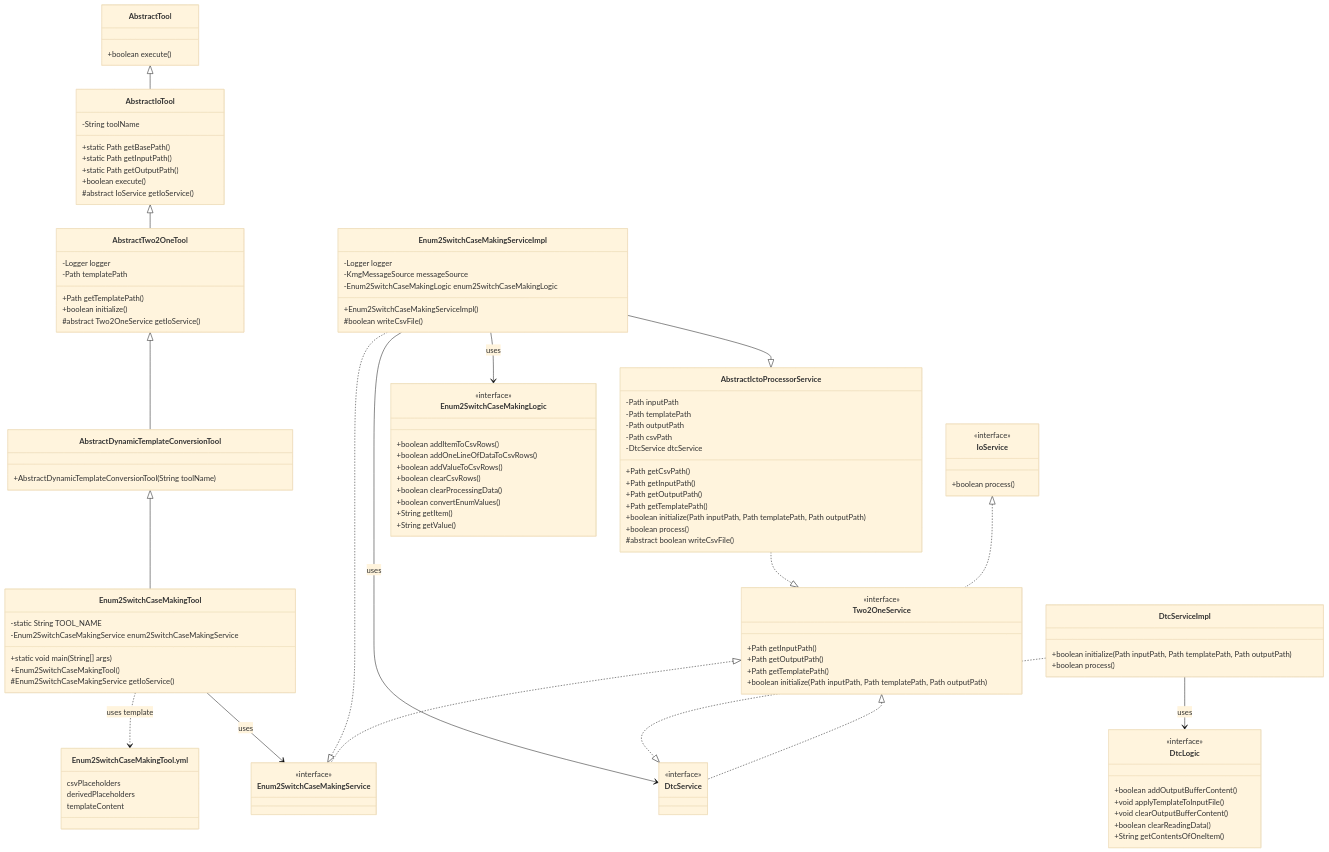
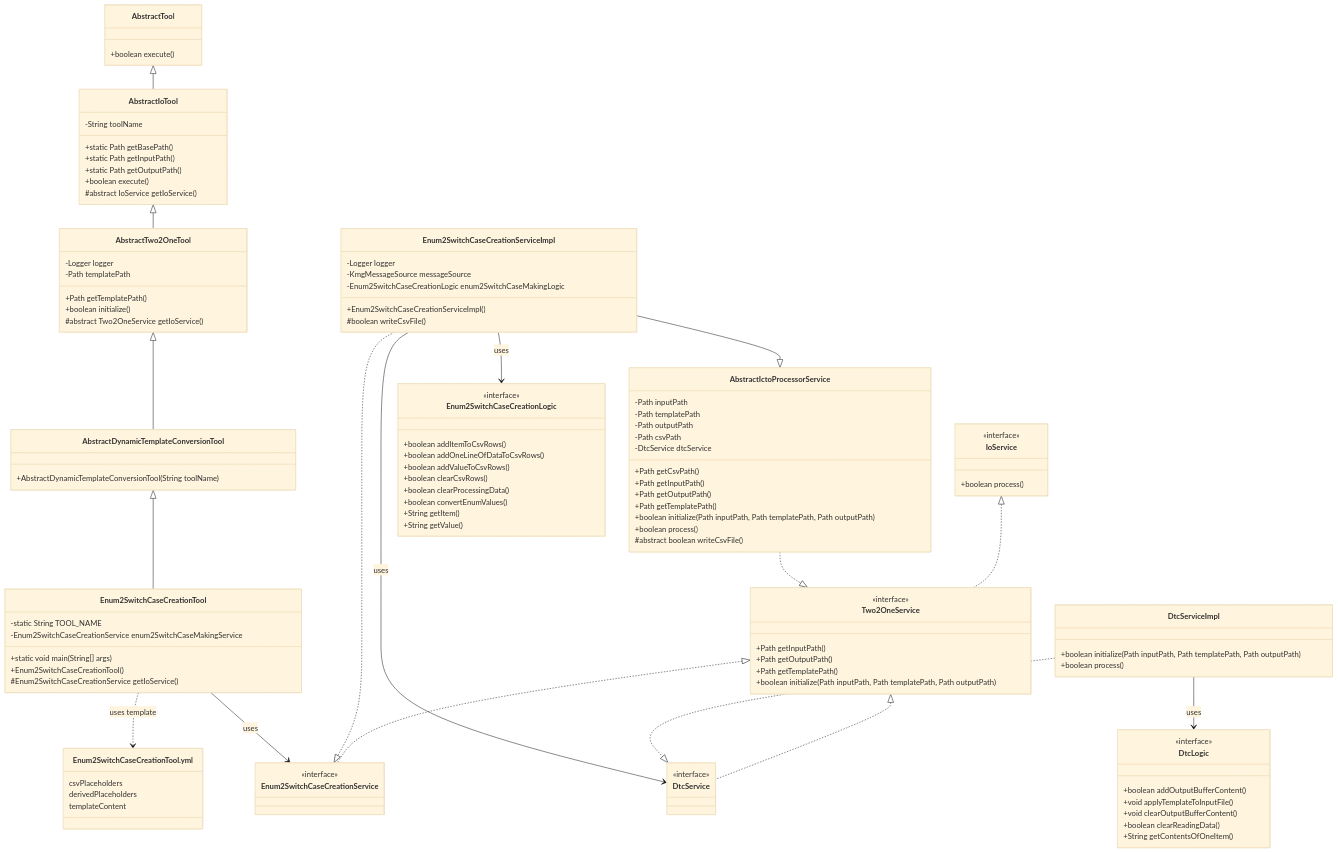
The first of 2 diagrams in doc/設計書/列挙型からcase文作成ツールの設計図.md (KenichiroArai/kmg-tool-base), drawn with Mermaid (base theme) before and after one commit. The commit also changed other lines of this file and 5 other files, not shown here.

```diff
--- a/doc/設計書/列挙型からcase文作成ツールの設計図.md
+++ b/doc/設計書/列挙型からcase文作成ツールの設計図.md
@@ -8,27 +8,27 @@
     AbstractTool <|-- AbstractIoTool
     AbstractIoTool <|-- AbstractTwo2OneTool
     AbstractTwo2OneTool <|-- AbstractDynamicTemplateConversionTool
-    AbstractDynamicTemplateConversionTool <|-- Enum2SwitchCaseMakingTool
+    AbstractDynamicTemplateConversionTool <|-- Enum2SwitchCaseCreationTool
 
     %% インターフェース実装関係
     IoService <|.. Two2OneService
     Two2OneService <|.. DtcService
-    Two2OneService <|.. Enum2SwitchCaseMakingService
+    Two2OneService <|.. Enum2SwitchCaseCreationService
 
     %% サービス実装関係
     AbstractIctoProcessorService ..|> Two2OneService
-    Enum2SwitchCaseMakingServiceImpl --|> AbstractIctoProcessorService
-    Enum2SwitchCaseMakingServiceImpl ..|> Enum2SwitchCaseMakingService
+    Enum2SwitchCaseCreationServiceImpl --|> AbstractIctoProcessorService
+    Enum2SwitchCaseCreationServiceImpl ..|> Enum2SwitchCaseCreationService
     DtcServiceImpl ..|> DtcService
 
     %% ロジック関係
-    Enum2SwitchCaseMakingTool --> Enum2SwitchCaseMakingService : uses
-    Enum2SwitchCaseMakingServiceImpl --> Enum2SwitchCaseMakingLogic : uses
-    Enum2SwitchCaseMakingServiceImpl --> DtcService : uses
+    Enum2SwitchCaseCreationTool --> Enum2SwitchCaseCreationService : uses
+    Enum2SwitchCaseCreationServiceImpl --> Enum2SwitchCaseCreationLogic : uses
+    Enum2SwitchCaseCreationServiceImpl --> DtcService : uses
     DtcServiceImpl --> DtcLogic : uses
 
     %% テンプレート関連
-    Enum2SwitchCaseMakingTool ..> Enum2SwitchCaseMakingTool.yml : uses template
+    Enum2SwitchCaseCreationTool ..> Enum2SwitchCaseCreationTool.yml : uses template
 
     class AbstractTool {
         +boolean execute()
@@ -55,12 +55,12 @@
         +AbstractDynamicTemplateConversionTool(String toolName)
     }
 
-    class Enum2SwitchCaseMakingTool {
+    class Enum2SwitchCaseCreationTool {
         -static String TOOL_NAME
-        -Enum2SwitchCaseMakingService enum2SwitchCaseMakingService
+        -Enum2SwitchCaseCreationService enum2SwitchCaseMakingService
         +static void main(String[] args)
-        +Enum2SwitchCaseMakingTool()
-        #Enum2SwitchCaseMakingService getIoService()
+        +Enum2SwitchCaseCreationTool()
+        #Enum2SwitchCaseCreationService getIoService()
     }
 
     class IoService {
@@ -76,7 +76,7 @@
         +boolean initialize(Path inputPath, Path templatePath, Path outputPath)
     }
 
-    class Enum2SwitchCaseMakingService {
+    class Enum2SwitchCaseCreationService {
         <<interface>>
     }
 
@@ -99,11 +99,11 @@
         #abstract boolean writeCsvFile()
     }
 
-    class Enum2SwitchCaseMakingServiceImpl {
+    class Enum2SwitchCaseCreationServiceImpl {
         -Logger logger
         -KmgMessageSource messageSource
-        -Enum2SwitchCaseMakingLogic enum2SwitchCaseMakingLogic
-        +Enum2SwitchCaseMakingServiceImpl()
+        -Enum2SwitchCaseCreationLogic enum2SwitchCaseMakingLogic
+        +Enum2SwitchCaseCreationServiceImpl()
         #boolean writeCsvFile()
     }
 
@@ -112,7 +112,7 @@
         +boolean process()
     }
 
-    class Enum2SwitchCaseMakingLogic {
+    class Enum2SwitchCaseCreationLogic {
         <<interface>>
         +boolean addItemToCsvRows()
         +boolean addOneLineOfDataToCsvRows()
@@ -133,7 +133,7 @@
         +String getContentsOfOneItem()
     }
 
-    class Enum2SwitchCaseMakingTool.yml {
+    class Enum2SwitchCaseCreationTool.yml {
         csvPlaceholders
         derivedPlaceholders
         templateContent
```
